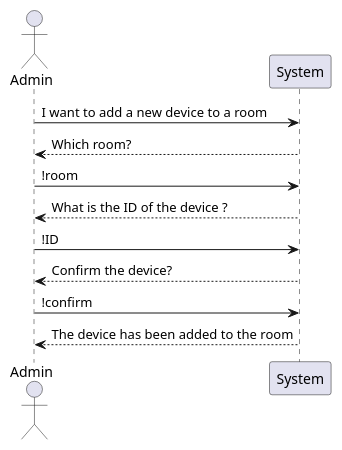
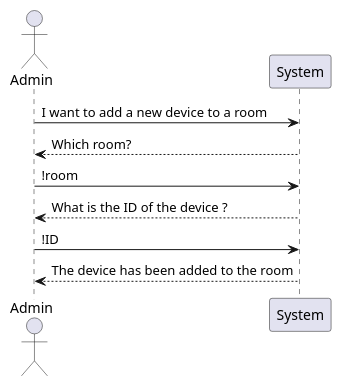
The diagram in docs/userStories/us05/artifacts/US05SSD.puml (olivDiogo/SmartHome), drawn with PlantUML before and after one commit. The commit also changed 1 other file, not shown here.

```diff
--- a/docs/userStories/us05/artifacts/US05SSD.puml
+++ b/docs/userStories/us05/artifacts/US05SSD.puml
@@ -1,18 +1,16 @@
 @startuml
 !pragma layout smetana
 'As a Power User [or Administrator], I want to add a new device to a room, in order to configure it.'
 
 actor Admin
 participant System
 
 Admin -> System: I want to add a new device to a room
 System --> Admin: Which room?
 Admin -> System: !room
 System --> Admin: What is the ID of the device ?
 Admin -> System: !ID
-System --> Admin: Confirm the device?
-Admin -> System: !confirm
 System --> Admin: The device has been added to the room
 
 
 @enduml
```
